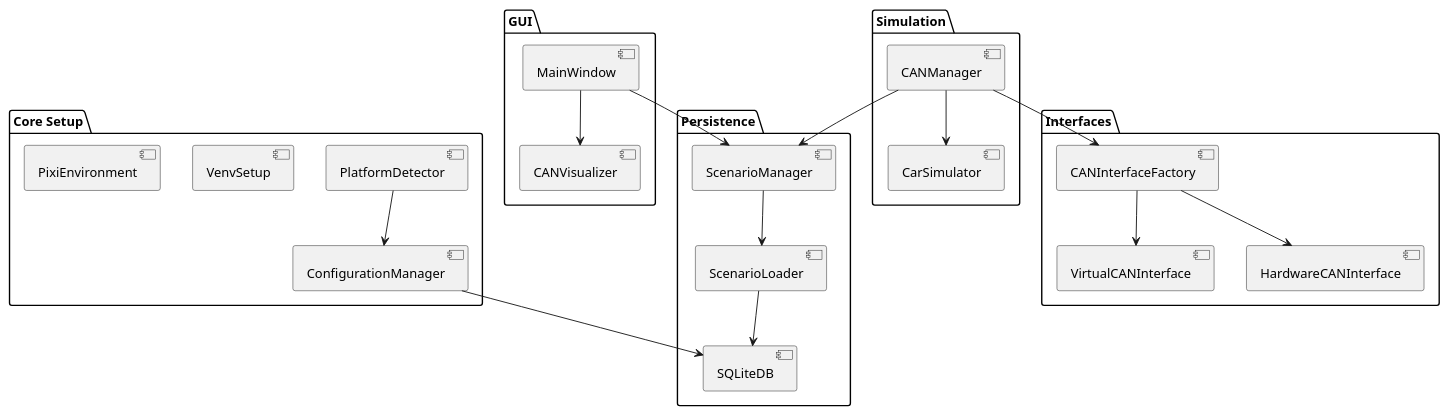
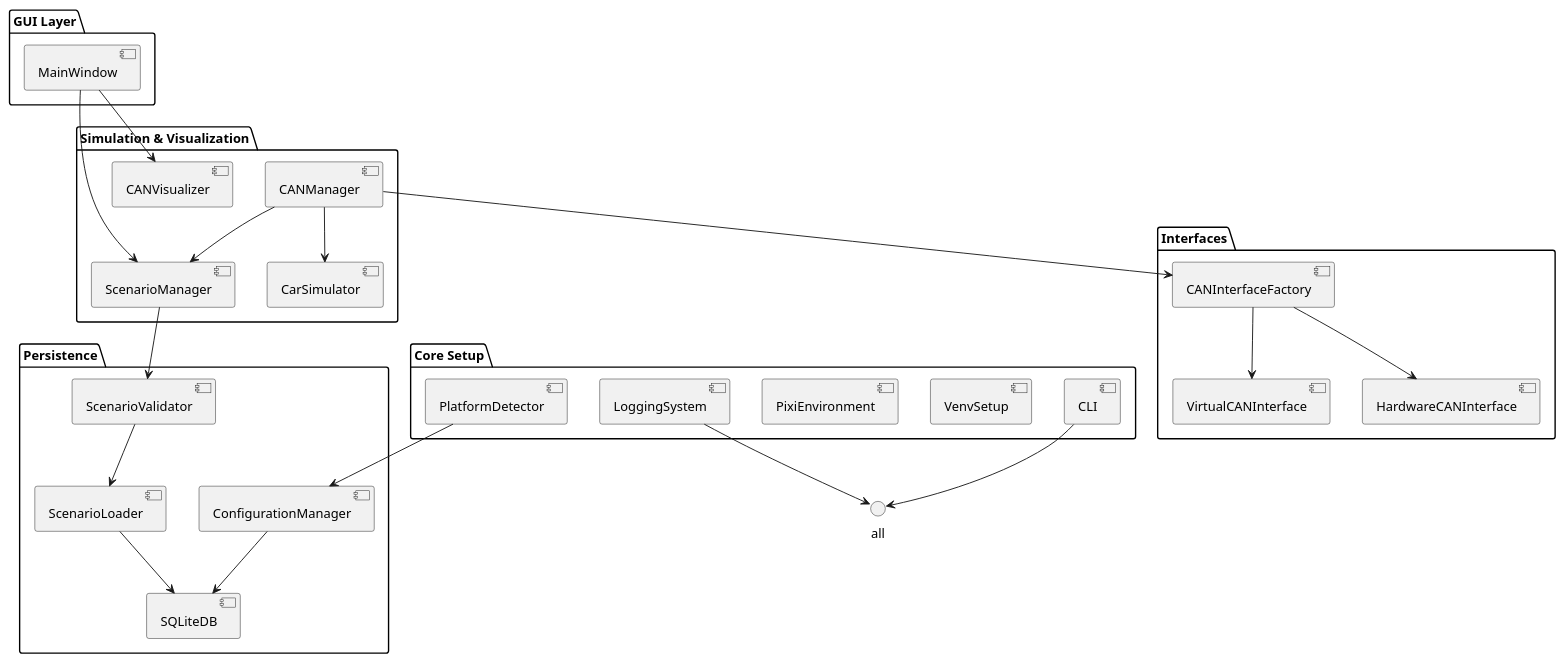
One commit to indietonne2/CANary_0.1 changed the second of 5 diagrams in docs/Architecture/C01-14-tf-canary-architecture-documentation.md. Above: the diagram before and after it, drawn with PlantUML. The commit also changed other lines of this file, not shown here.

````diff
--- a/docs/Architecture/C01-14-tf-canary-architecture-documentation.md
+++ b/docs/Architecture/C01-14-tf-canary-architecture-documentation.md
@@ -138,40 +147,46 @@
 ```plantuml
-@startuml C01-16_ComponentDiagram
+@startuml C01-21_ComponentDiagram
 package "Core Setup" {
   component PlatformDetector
   component VenvSetup
   component PixiEnvironment
-  component ConfigurationManager
+  component LoggingSystem
+  component CLI
 }
 package "Persistence" {
+  component ConfigurationManager
   component SQLiteDB
   component ScenarioLoader
+  component ScenarioValidator
+}
+package "Simulation & Visualization" {
   component ScenarioManager
-}
-package "GUI" {
-  component MainWindow
+  component CarSimulator
+  component CANManager
   component CANVisualizer
 }
 package "Interfaces" {
   component CANInterfaceFactory
   component VirtualCANInterface
   component HardwareCANInterface
 }
-package "Simulation" {
-  component CANManager
-  component CarSimulator
+package "GUI Layer" {
+  component MainWindow
 }
 
 PlatformDetector --> ConfigurationManager
 ConfigurationManager --> SQLiteDB
 ScenarioLoader --> SQLiteDB
-ScenarioManager --> ScenarioLoader
+ScenarioValidator --> ScenarioLoader
+ScenarioManager --> ScenarioValidator
 MainWindow --> ScenarioManager
 MainWindow --> CANVisualizer
+CLI --> all
+LoggingSystem --> all
 CANInterfaceFactory --> VirtualCANInterface
 CANInterfaceFactory --> HardwareCANInterface
 CANManager --> CANInterfaceFactory
 CANManager --> ScenarioManager
 CANManager --> CarSimulator
 @enduml
 ```
````
